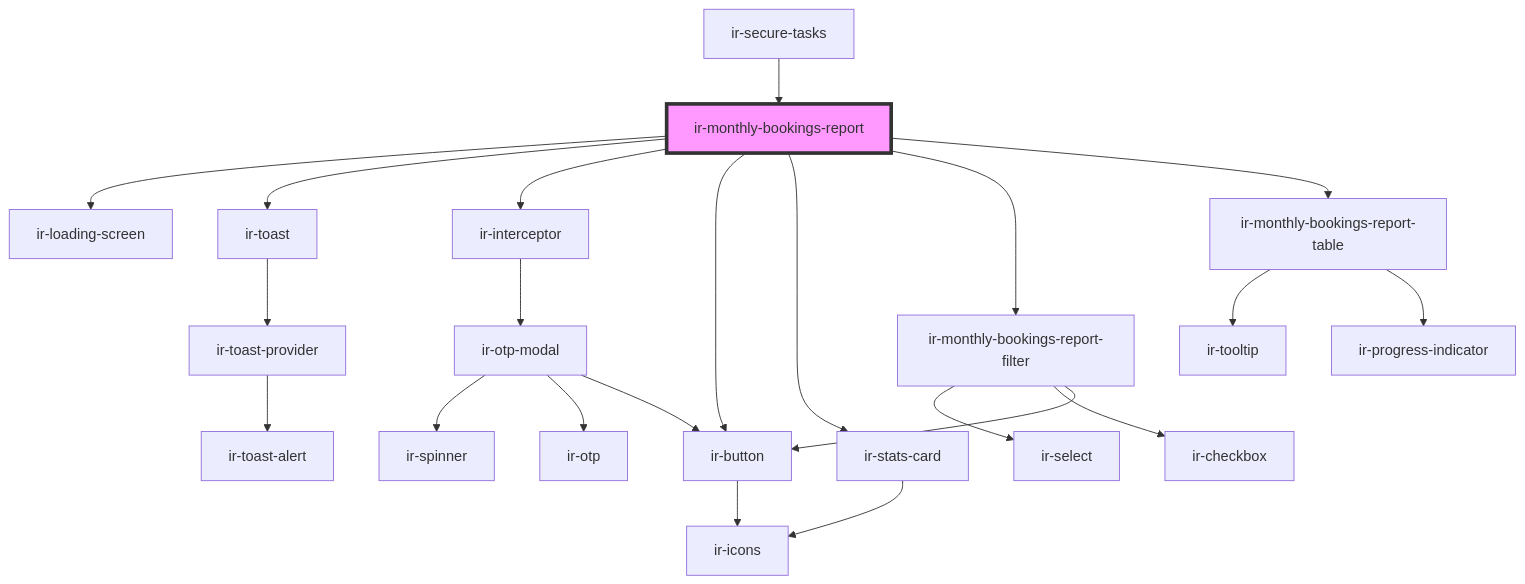
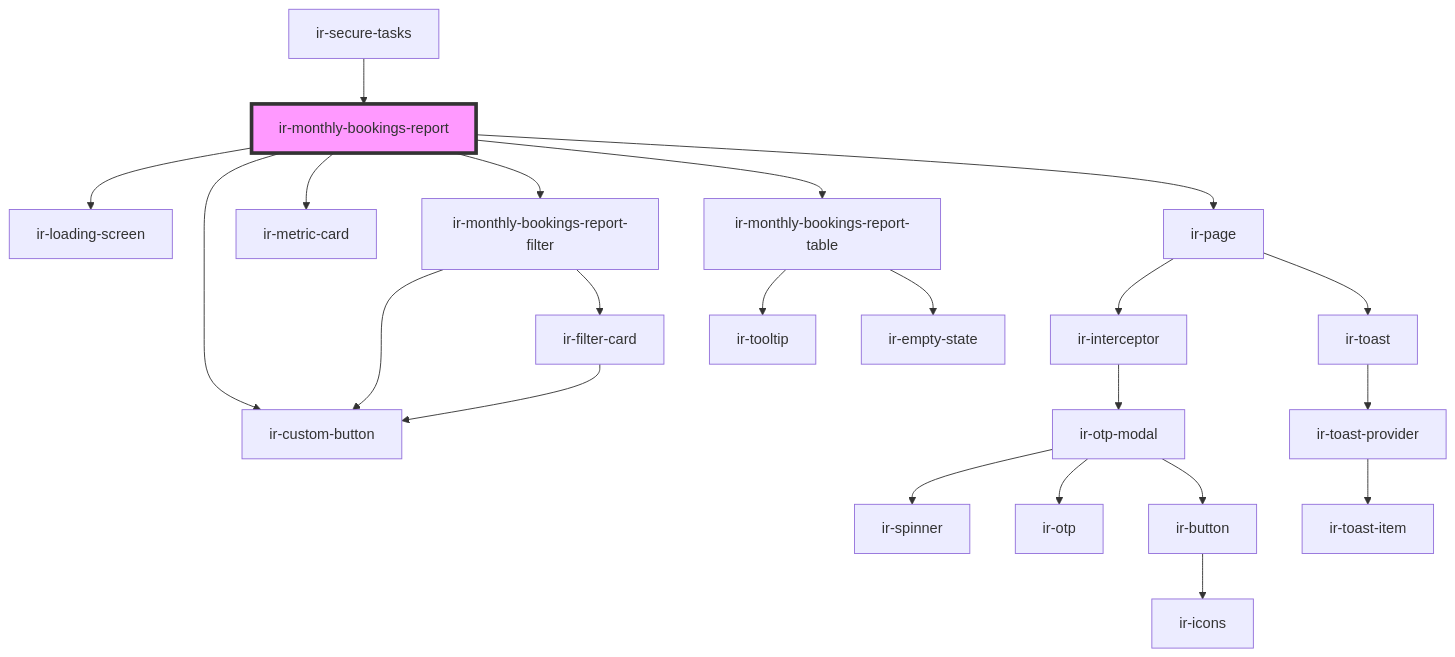
Before and after one commit to RonyRizk/ir-webcmp: the diagram in src/components/ir-monthly-bookings-report/readme.md, drawn with Mermaid. The commit also changed other lines of this file and 508 other files, not shown here.

````diff
--- a/src/components/ir-monthly-bookings-report/readme.md
+++ b/src/components/ir-monthly-bookings-report/readme.md
@@ -35,25 +34,25 @@
 ```mermaid
 graph TD;
   ir-monthly-bookings-report --> ir-loading-screen
-  ir-monthly-bookings-report --> ir-toast
-  ir-monthly-bookings-report --> ir-interceptor
-  ir-monthly-bookings-report --> ir-button
-  ir-monthly-bookings-report --> ir-stats-card
+  ir-monthly-bookings-report --> ir-page
+  ir-monthly-bookings-report --> ir-custom-button
+  ir-monthly-bookings-report --> ir-metric-card
   ir-monthly-bookings-report --> ir-monthly-bookings-report-filter
   ir-monthly-bookings-report --> ir-monthly-bookings-report-table
-  ir-toast --> ir-toast-provider
-  ir-toast-provider --> ir-toast-alert
+  ir-page --> ir-interceptor
+  ir-page --> ir-toast
   ir-interceptor --> ir-otp-modal
   ir-otp-modal --> ir-spinner
   ir-otp-modal --> ir-otp
   ir-otp-modal --> ir-button
   ir-button --> ir-icons
-  ir-stats-card --> ir-icons
-  ir-monthly-bookings-report-filter --> ir-select
-  ir-monthly-bookings-report-filter --> ir-checkbox
-  ir-monthly-bookings-report-filter --> ir-button
+  ir-toast --> ir-toast-provider
+  ir-toast-provider --> ir-toast-item
+  ir-monthly-bookings-report-filter --> ir-filter-card
+  ir-monthly-bookings-report-filter --> ir-custom-button
+  ir-filter-card --> ir-custom-button
   ir-monthly-bookings-report-table --> ir-tooltip
-  ir-monthly-bookings-report-table --> ir-progress-indicator
+  ir-monthly-bookings-report-table --> ir-empty-state
   ir-secure-tasks --> ir-monthly-bookings-report
   style ir-monthly-bookings-report fill:#f9f,stroke:#333,stroke-width:4px
 ```
````
